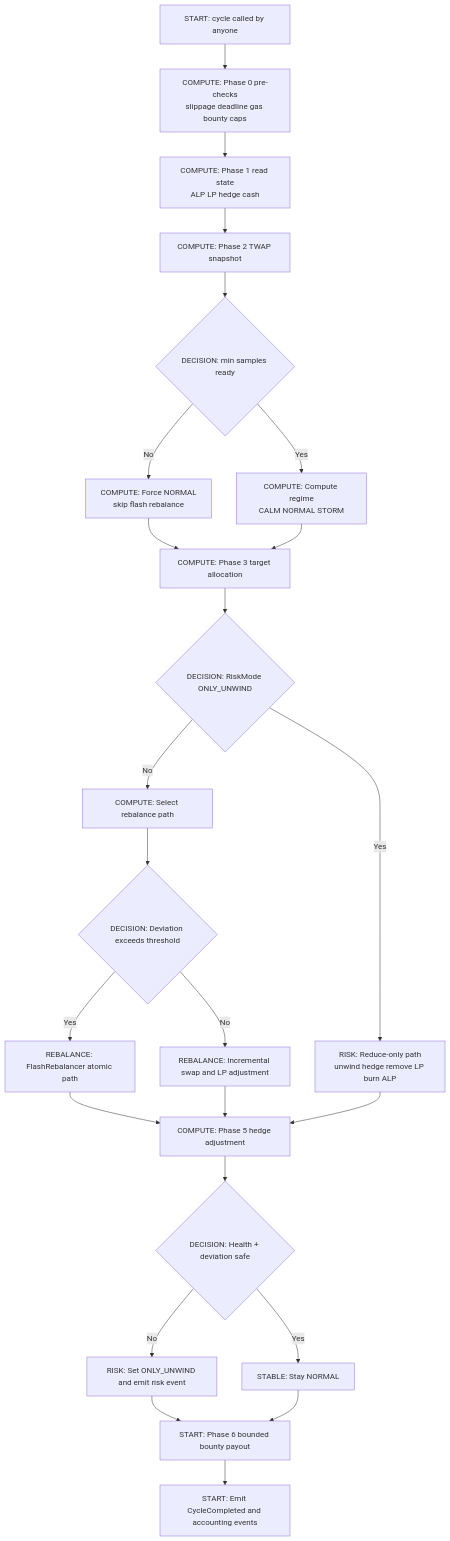
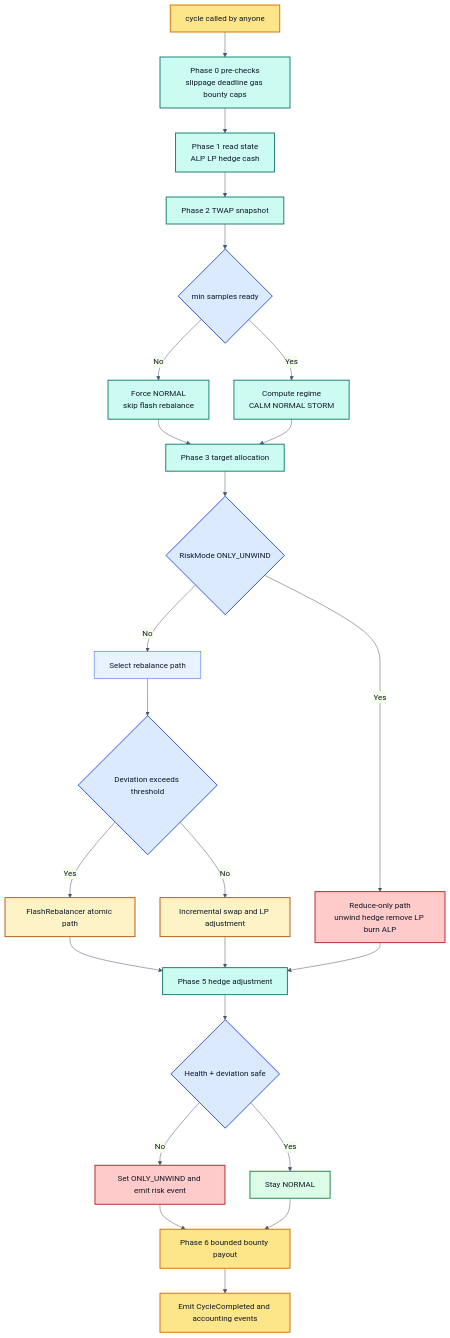
The diagram in README.md (peter941221/Hackathon-Self-Driving-Yield), drawn with Mermaid before and after one commit. The commit also changed other lines of this file, not shown here.

Commit message:
docs: restore original mermaid flow section

````diff
--- a/README.md
+++ b/README.md
@@ -125,26 +108,41 @@
 ```mermaid
+%%{init: {"theme":"base","themeVariables":{"fontFamily":"ui-monospace, SFMono-Regular, Menlo, Monaco, Consolas, monospace","lineColor":"#475569","primaryColor":"#e8f3ff","primaryBorderColor":"#2563eb","primaryTextColor":"#0f172a"}}}%%
 flowchart TD
-  A[START: cycle called by anyone] --> B[COMPUTE: Phase 0 pre-checks<br/>slippage deadline gas bounty caps]
-  B --> C[COMPUTE: Phase 1 read state<br/>ALP LP hedge cash]
-  C --> D[COMPUTE: Phase 2 TWAP snapshot]
-  D --> E{DECISION: min samples ready}
-  E -->|No| F[COMPUTE: Force NORMAL<br/>skip flash rebalance]
-  E -->|Yes| G[COMPUTE: Compute regime<br/>CALM NORMAL STORM]
-  F --> H[COMPUTE: Phase 3 target allocation]
+  A[cycle called by anyone] --> B[Phase 0 pre-checks<br/>slippage deadline gas bounty caps]
+  B --> C[Phase 1 read state<br/>ALP LP hedge cash]
+  C --> D[Phase 2 TWAP snapshot]
+  D --> E{min samples ready}
+  E -->|No| F[Force NORMAL<br/>skip flash rebalance]
+  E -->|Yes| G[Compute regime<br/>CALM NORMAL STORM]
+  F --> H[Phase 3 target allocation]
   G --> H
-  H --> I{DECISION: RiskMode ONLY_UNWIND}
-  I -->|Yes| J[RISK: Reduce-only path<br/>unwind hedge remove LP burn ALP]
-  I -->|No| K[COMPUTE: Select rebalance path]
-  K --> L{DECISION: Deviation exceeds threshold}
-  L -->|Yes| M[REBALANCE: FlashRebalancer atomic path]
-  L -->|No| N[REBALANCE: Incremental swap and LP adjustment]
-  M --> O[COMPUTE: Phase 5 hedge adjustment]
+  H --> I{RiskMode ONLY_UNWIND}
+  I -->|Yes| J[Reduce-only path<br/>unwind hedge remove LP burn ALP]
+  I -->|No| K[Select rebalance path]
+  K --> L{Deviation exceeds threshold}
+  L -->|Yes| M[FlashRebalancer atomic path]
+  L -->|No| N[Incremental swap and LP adjustment]
+  M --> O[Phase 5 hedge adjustment]
   N --> O
   J --> O
-  O --> P{DECISION: Health + deviation safe}
-  P -->|No| Q[RISK: Set ONLY_UNWIND and emit risk event]
-  P -->|Yes| R[STABLE: Stay NORMAL]
-  Q --> S[START: Phase 6 bounded bounty payout]
+  O --> P{Health + deviation safe}
+  P -->|No| Q[Set ONLY_UNWIND and emit risk event]
+  P -->|Yes| R[Stay NORMAL]
+  Q --> S[Phase 6 bounded bounty payout]
   R --> S
-  S --> T[START: Emit CycleCompleted and accounting events]
+  S --> T[Emit CycleCompleted and accounting events]
+
+  classDef start fill:#fde68a,stroke:#d97706,color:#111827,stroke-width:2px
+  classDef compute fill:#ccfbf1,stroke:#0f766e,color:#0f172a,stroke-width:1.8px
+  classDef decision fill:#dbeafe,stroke:#1d4ed8,color:#0f172a,stroke-width:1.8px
+  classDef risk fill:#fecaca,stroke:#b91c1c,color:#111827,stroke-width:1.8px
+  classDef rebalance fill:#fef3c7,stroke:#b45309,color:#111827,stroke-width:1.8px
+  classDef stable fill:#dcfce7,stroke:#15803d,color:#111827,stroke-width:1.8px
+
+  class A,S,T start
+  class B,C,D,F,G,H,O compute
+  class E,I,L,P decision
+  class J,Q risk
+  class M,N rebalance
+  class R stable
 ```
````
